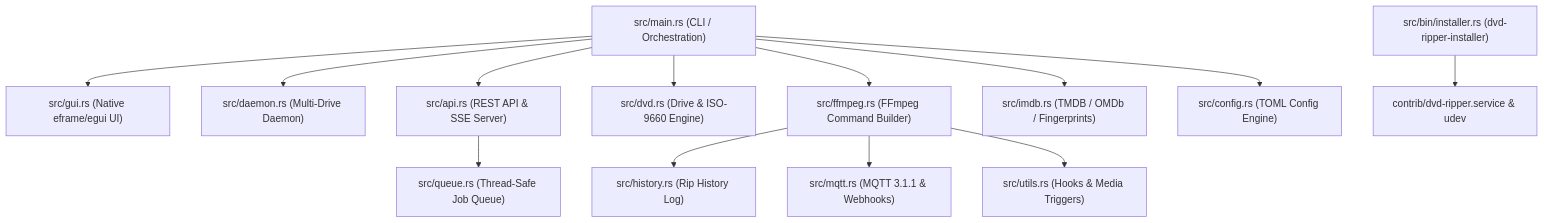
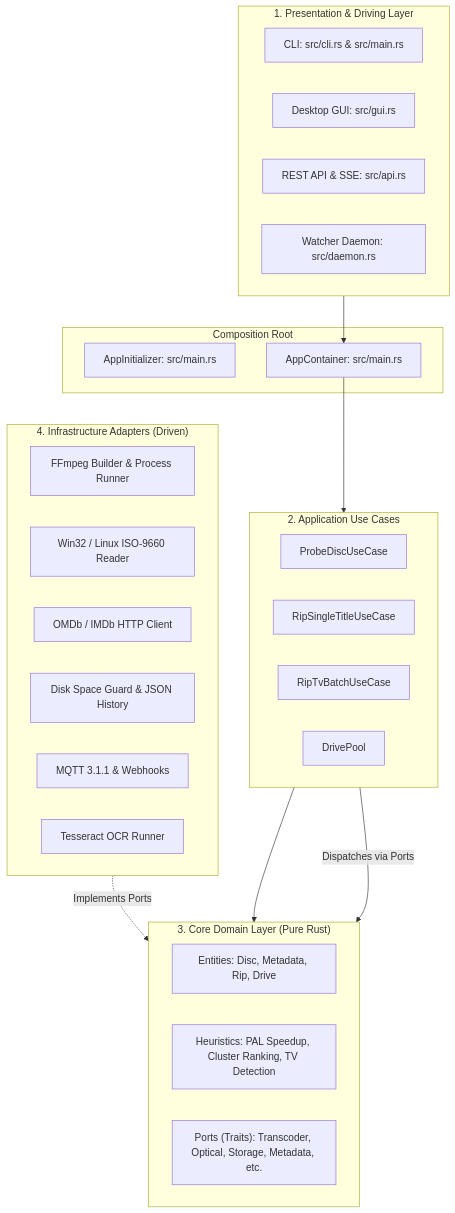
Before and after one commit to clockworkengineer/dvd-ripper: the diagram in docs/ARCHITECTURE.md, drawn with Mermaid. The commit also changed other lines of this file and 14 other files, not shown here.

Commit message:
Execute comprehensive documentation plan: SOLID architecture, media organization, contributing guide, and updated manuals

````diff
--- a/docs/ARCHITECTURE.md
+++ b/docs/ARCHITECTURE.md
@@ -18,15 +24,42 @@
 ```mermaid
 graph TD
-    Main["src/main.rs (CLI / Orchestration)"] --> GUI["src/gui.rs (Native eframe/egui UI)"]
-    Main --> Daemon["src/daemon.rs (Multi-Drive Daemon)"]
-    Main --> API["src/api.rs (REST API & SSE Server)"]
-    Main --> DVD["src/dvd.rs (Drive & ISO-9660 Engine)"]
-    Main --> FFmpeg["src/ffmpeg.rs (FFmpeg Command Builder)"]
-    Main --> IMDb["src/imdb.rs (TMDB / OMDb / Fingerprints)"]
-    Main --> Config["src/config.rs (TOML Config Engine)"]
-    API --> Queue["src/queue.rs (Thread-Safe Job Queue)"]
-    FFmpeg --> History["src/history.rs (Rip History Log)"]
-    FFmpeg --> MQTT["src/mqtt.rs (MQTT 3.1.1 & Webhooks)"]
-    FFmpeg --> Utils["src/utils.rs (Hooks & Media Triggers)"]
-    Installer["src/bin/installer.rs (dvd-ripper-installer)"] --> Systemd["contrib/dvd-ripper.service & udev"]
+    subgraph UI_and_Presentation ["1. Presentation & Driving Layer"]
+        CLI["CLI: src/cli.rs & src/main.rs"]
+        GUI["Desktop GUI: src/gui.rs"]
+        API["REST API & SSE: src/api.rs"]
+        Daemon["Watcher Daemon: src/daemon.rs"]
+    end
+
+    subgraph Composition_Root ["Composition Root"]
+        AppInit["AppInitializer: src/main.rs"]
+        AppContainer["AppContainer: src/main.rs"]
+    end
+
+    subgraph Application_Layer ["2. Application Use Cases"]
+        ProbeDisc["ProbeDiscUseCase"]
+        RipSingle["RipSingleTitleUseCase"]
+        RipBatch["RipTvBatchUseCase"]
+        DrivePool["DrivePool"]
+    end
+
+    subgraph Domain_Layer ["3. Core Domain Layer (Pure Rust)"]
+        Entities["Entities: Disc, Metadata, Rip, Drive"]
+        Heuristics["Heuristics: PAL Speedup, Cluster Ranking, TV Detection"]
+        Ports["Ports (Traits): Transcoder, Optical, Storage, Metadata, etc."]
+    end
+
+    subgraph Infrastructure_Layer ["4. Infrastructure Adapters (Driven)"]
+        FFmpegInfra["FFmpeg Builder & Process Runner"]
+        OpticalInfra["Win32 / Linux ISO-9660 Reader"]
+        MetadataInfra["OMDb / IMDb HTTP Client"]
+        StorageInfra["Disk Space Guard & JSON History"]
+        NotifyInfra["MQTT 3.1.1 & Webhooks"]
+        OCRInfra["Tesseract OCR Runner"]
+    end
+
+    UI_and_Presentation --> AppContainer
+    AppContainer --> Application_Layer
+    Application_Layer --> Domain_Layer
+    Infrastructure_Layer -.->|Implements Ports| Domain_Layer
+    Application_Layer -->|Dispatches via Ports| Domain_Layer
 ```
````
